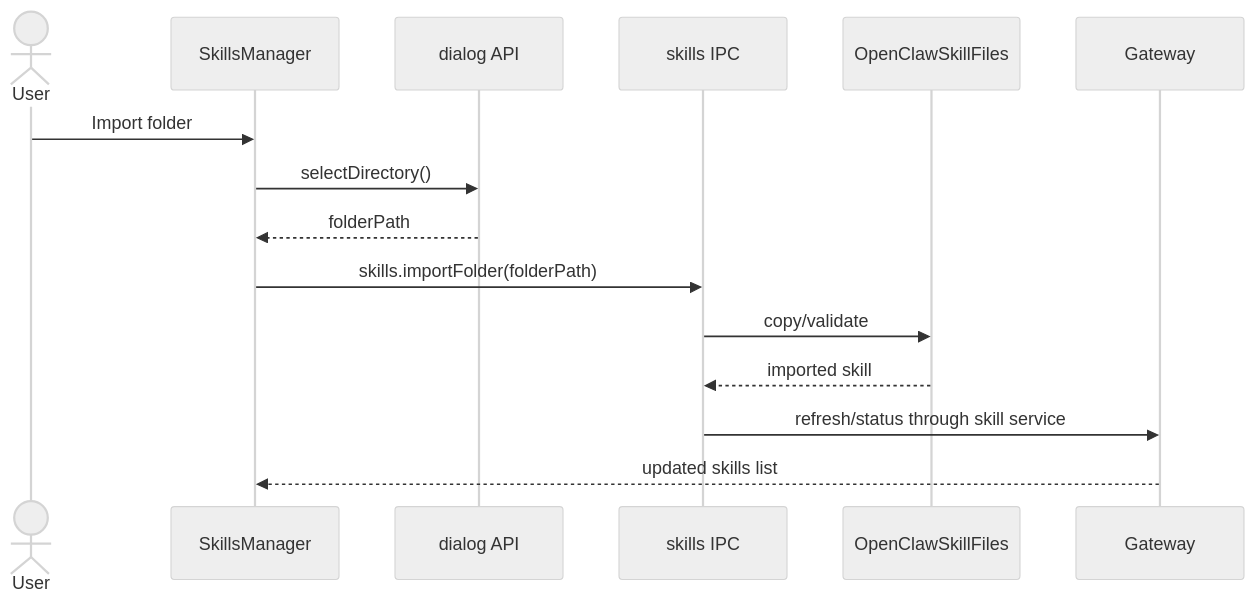
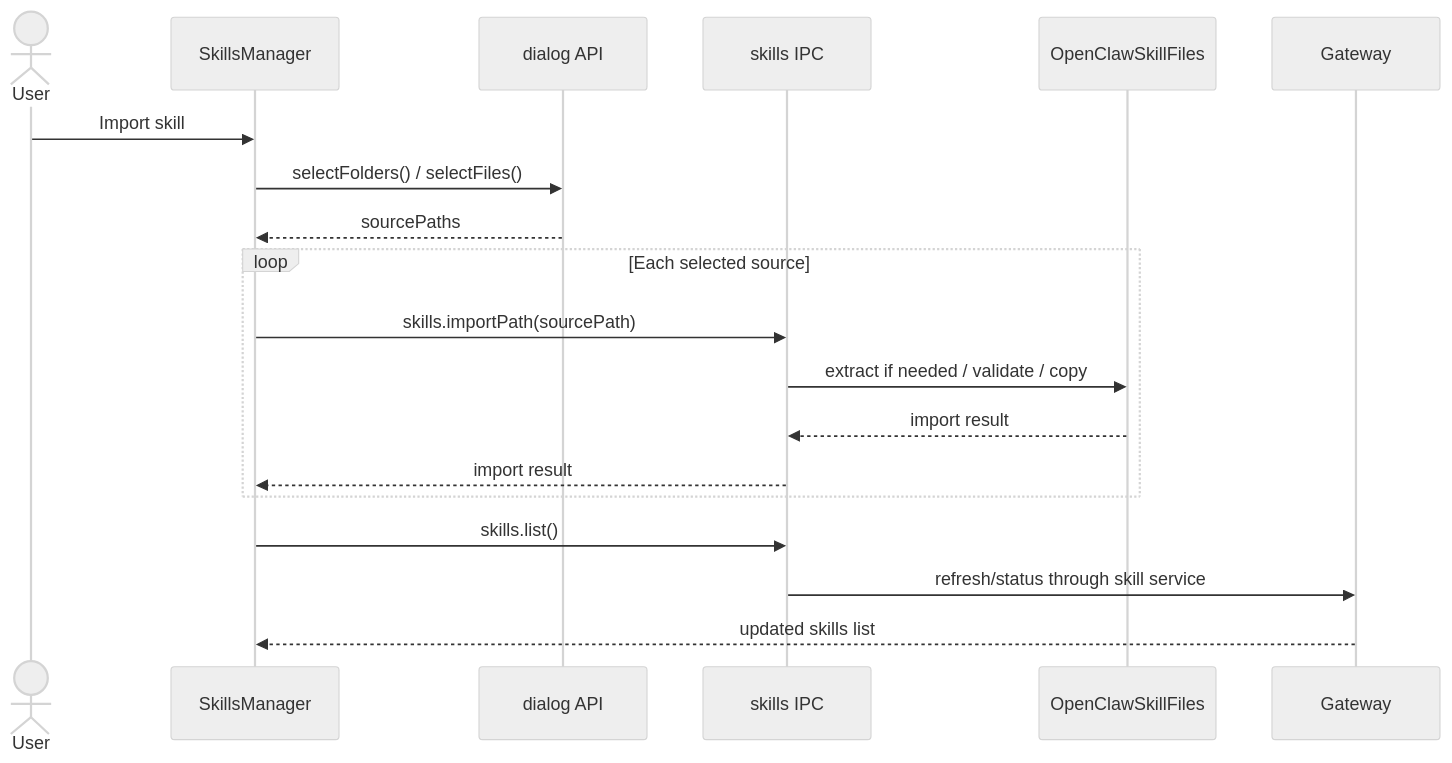
The second of 3 diagrams in docs/architecture/07-skills-system.md (liangxhao/JustDo), drawn with Mermaid (neutral theme) before and after one commit. The commit also changed other lines of this file and 10 other files, not shown here.

Commit message:
feat(skills): import skills from archives

````diff
--- a/docs/architecture/07-skills-system.md
+++ b/docs/architecture/07-skills-system.md
@@ -120,18 +120,22 @@
 ```mermaid
 sequenceDiagram
   actor User
   participant UI as SkillsManager
   participant Dialog as dialog API
   participant IPC as skills IPC
   participant Files as OpenClawSkillFiles
   participant GW as Gateway
 
-  User->>UI: Import folder
-  UI->>Dialog: selectDirectory()
-  Dialog-->>UI: folderPath
-  UI->>IPC: skills.importFolder(folderPath)
-  IPC->>Files: copy/validate
-  Files-->>IPC: imported skill
+  User->>UI: Import skill
+  UI->>Dialog: selectFolders() / selectFiles()
+  Dialog-->>UI: sourcePaths
+  loop Each selected source
+    UI->>IPC: skills.importPath(sourcePath)
+    IPC->>Files: extract if needed / validate / copy
+    Files-->>IPC: import result
+    IPC-->>UI: import result
+  end
+  UI->>IPC: skills.list()
   IPC->>GW: refresh/status through skill service
   GW-->>UI: updated skills list
 ```
````
